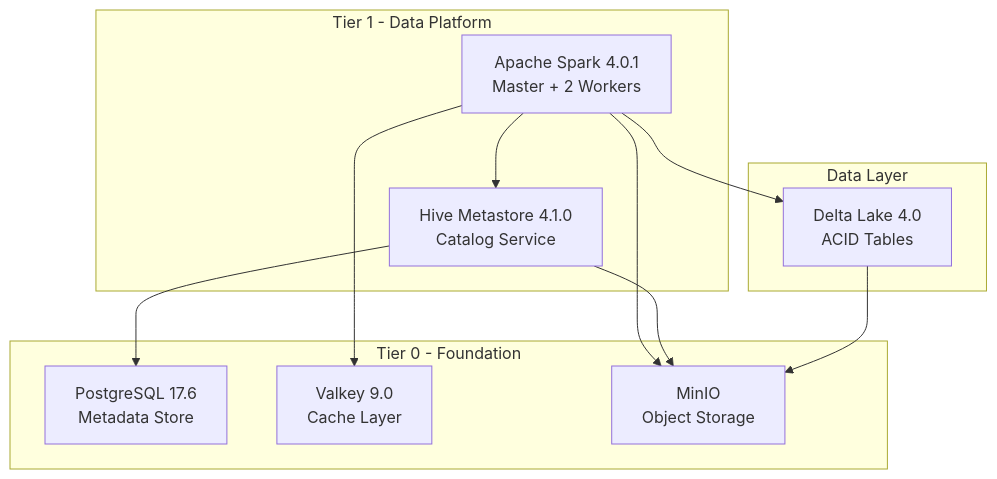
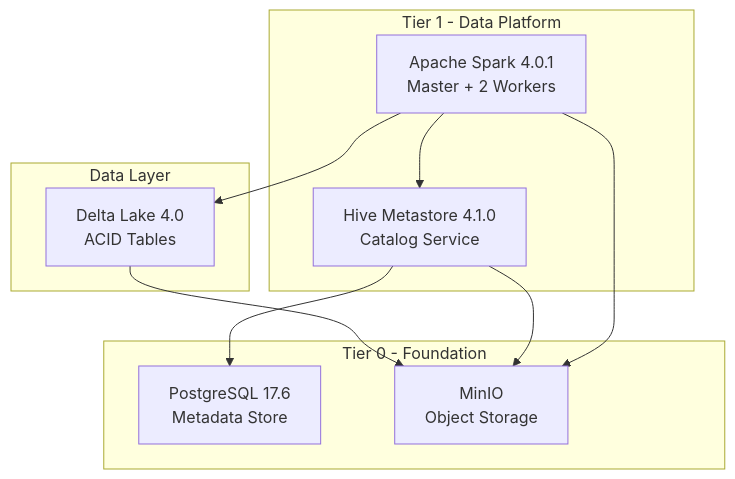
One commit to P-Bao/FlumenData changed the first of 4 diagrams in docs/getting-started/architecture.md. Above: the diagram before and after it, drawn with Mermaid. The commit also changed other lines of this file and 24 other files, not shown here.

````diff
--- a/docs/getting-started/architecture.md
+++ b/docs/getting-started/architecture.md
@@ -7,25 +7,23 @@
 ```mermaid
 graph TB
     subgraph "Tier 1 - Data Platform"
         SPARK[Apache Spark 4.0.1<br/>Master + 2 Workers]
         HIVE[Hive Metastore 4.1.0<br/>Catalog Service]
     end
 
     subgraph "Tier 0 - Foundation"
         POSTGRES[PostgreSQL 17.6<br/>Metadata Store]
-        VALKEY[Valkey 9.0<br/>Cache Layer]
         MINIO[MinIO<br/>Object Storage]
     end
 
     subgraph "Data Layer"
         DELTA[Delta Lake 4.0<br/>ACID Tables]
     end
 
     SPARK --> HIVE
     SPARK --> DELTA
     DELTA --> MINIO
     HIVE --> POSTGRES
     HIVE --> MINIO
-    SPARK --> VALKEY
     SPARK --> MINIO
 ```
````
